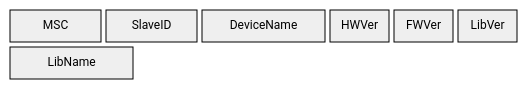
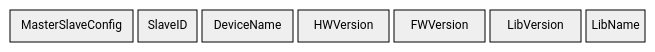
One commit to sebaJoSt/blaeck-protocol changed the diagram in protocol/frames/control.md. Above: the diagram before and after it, drawn with Mermaid. The commit also changed 4 other files, not shown here.

First line of the commit message:
Use canonical element names in all Mermaid diagrams and tables

````diff
--- a/protocol/frames/control.md
+++ b/protocol/frames/control.md
@@ -11,16 +11,16 @@
 ```mermaid
 ---
 config:
   packet:
     showBits: false
-    bitsPerRow: 16
+    bitsPerRow: 20
 ---
 packet-beta
-  0-2: "MSC"
-  3-5: "SlaveID"
-  6-9: "DeviceName"
-  10-11: "HWVer"
-  12-13: "FWVer"
-  14-15: "LibVer"
-  16-19: "LibName"
+  0-3: "MasterSlaveConfig"
+  4-5: "SlaveID"
+  6-8: "DeviceName"
+  9-11: "HWVersion"
+  12-14: "FWVersion"
+  15-17: "LibVersion"
+  18-19: "LibName"
 ```
````
